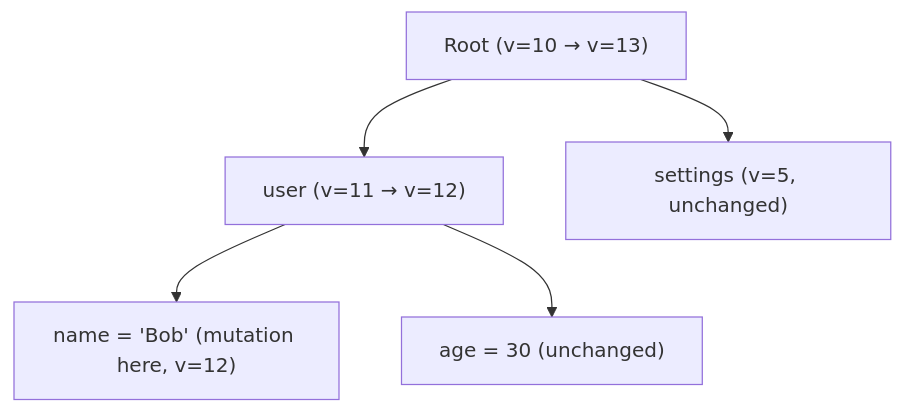
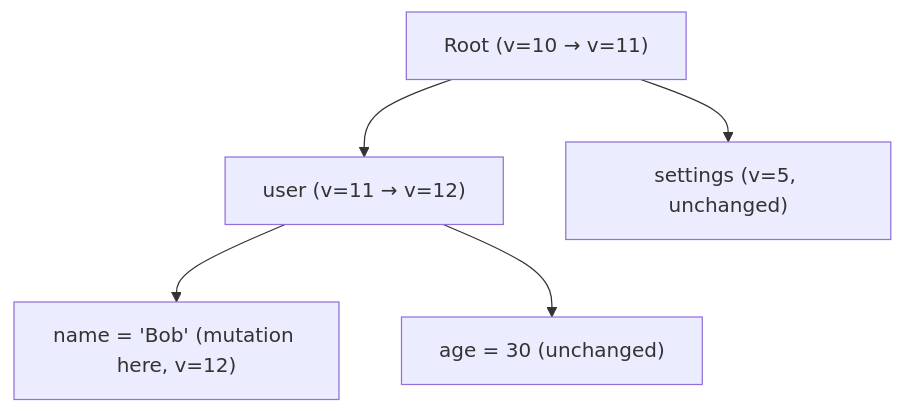
Before and after one commit to codeBelt/classy-store: the third of 8 diagrams in website/docs/ARCHITECTURE.md, drawn with Mermaid. The commit also changed other lines of this file and 17 other files, not shown here.

````diff
--- a/website/docs/ARCHITECTURE.md
+++ b/website/docs/ARCHITECTURE.md
@@ -248,7 +244,7 @@
 ```mermaid
 graph TD
-  Root["Root (v=10 → v=13)"] --> User["user (v=11 → v=12)"]
+  Root["Root (v=10 → v=11)"] --> User["user (v=11 → v=12)"]
   Root --> Settings["settings (v=5, unchanged)"]
   User --> Name["name = 'Bob' (mutation here, v=12)"]
   User --> Age["age = 30 (unchanged)"]
 ```
````
